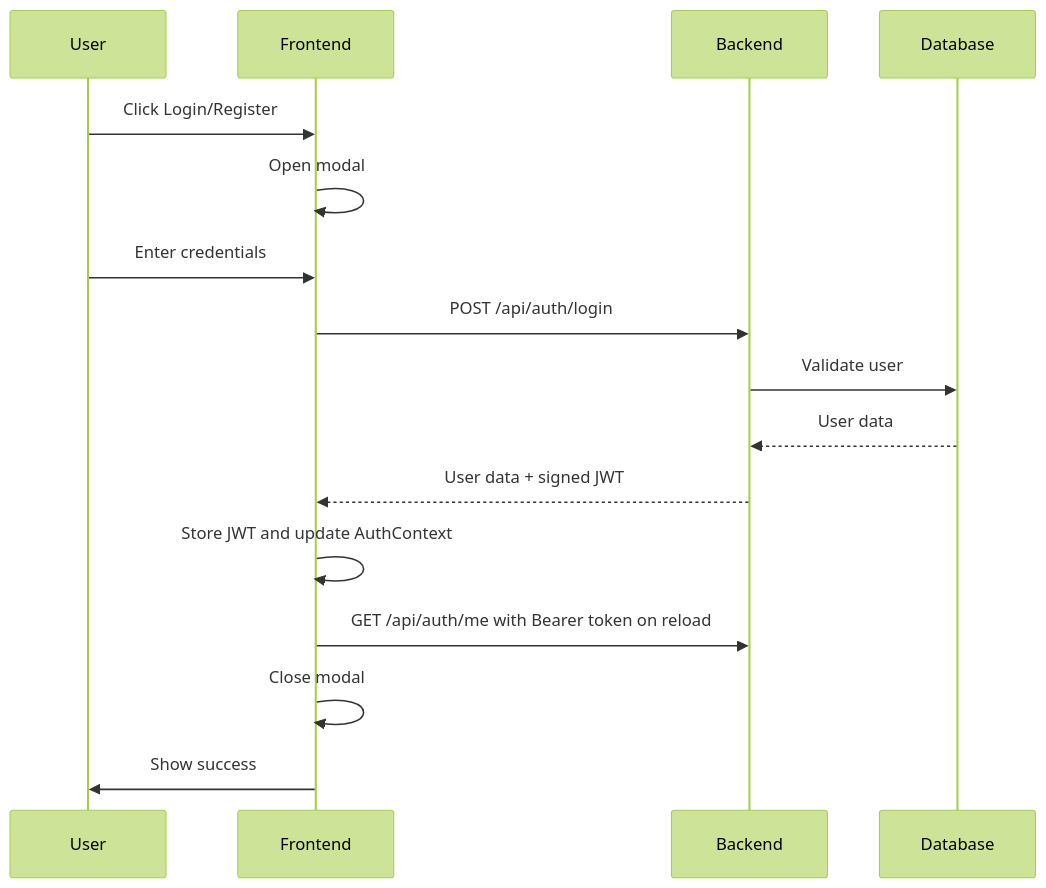
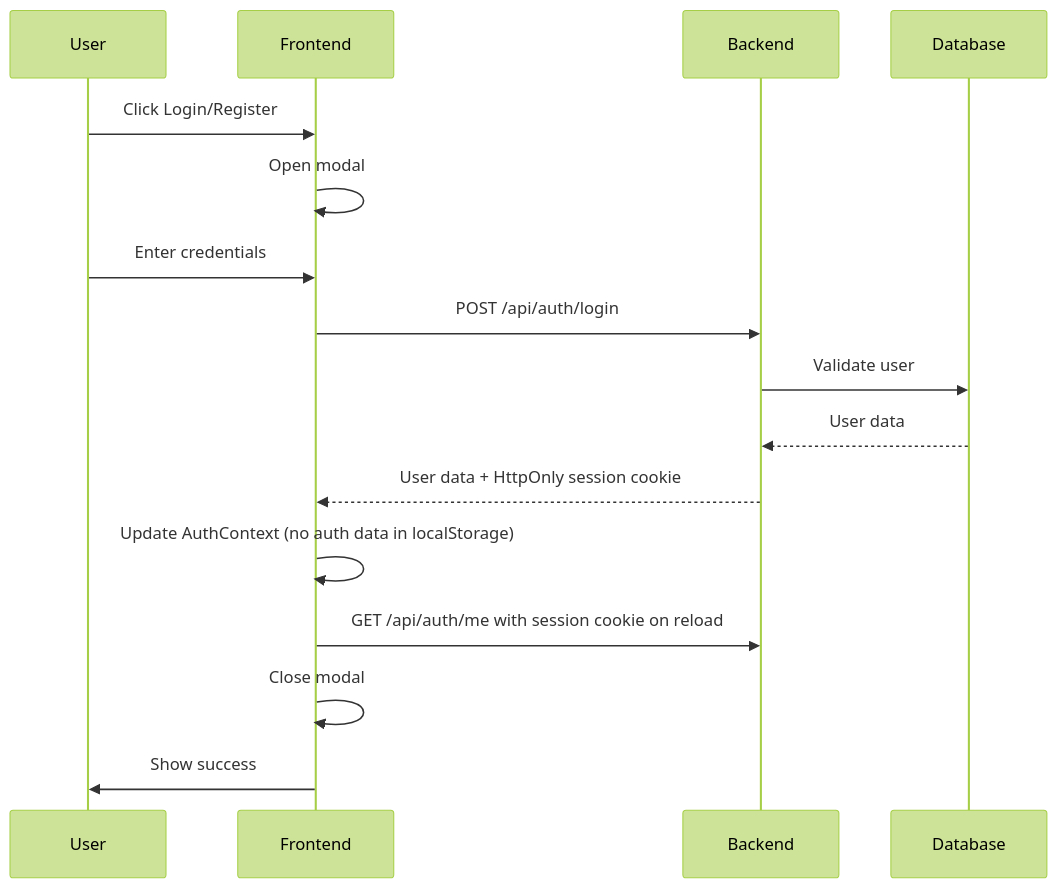
One commit to roh355/ShortURL-Service changed the fourth of 6 diagrams in README.md. Above: the diagram before and after it, drawn with Mermaid (forest theme). The commit also changed other lines of this file and 9 other files, not shown here.

````diff
--- a/README.md
+++ b/README.md
@@ -78,19 +78,19 @@
 ```mermaid
 sequenceDiagram
     participant U as User
     participant F as Frontend
     participant B as Backend
     participant D as Database
 
     U->>F: Click Login/Register
     F->>F: Open modal
     U->>F: Enter credentials
     F->>B: POST /api/auth/login
     B->>D: Validate user
     D-->>B: User data
-    B-->>F: User data + signed JWT
-    F->>F: Store JWT and update AuthContext
-    F->>B: GET /api/auth/me with Bearer token on reload
+    B-->>F: User data + HttpOnly session cookie
+    F->>F: Update AuthContext (no auth data in localStorage)
+    F->>B: GET /api/auth/me with session cookie on reload
     F->>F: Close modal
     F->>U: Show success
 ```
````
